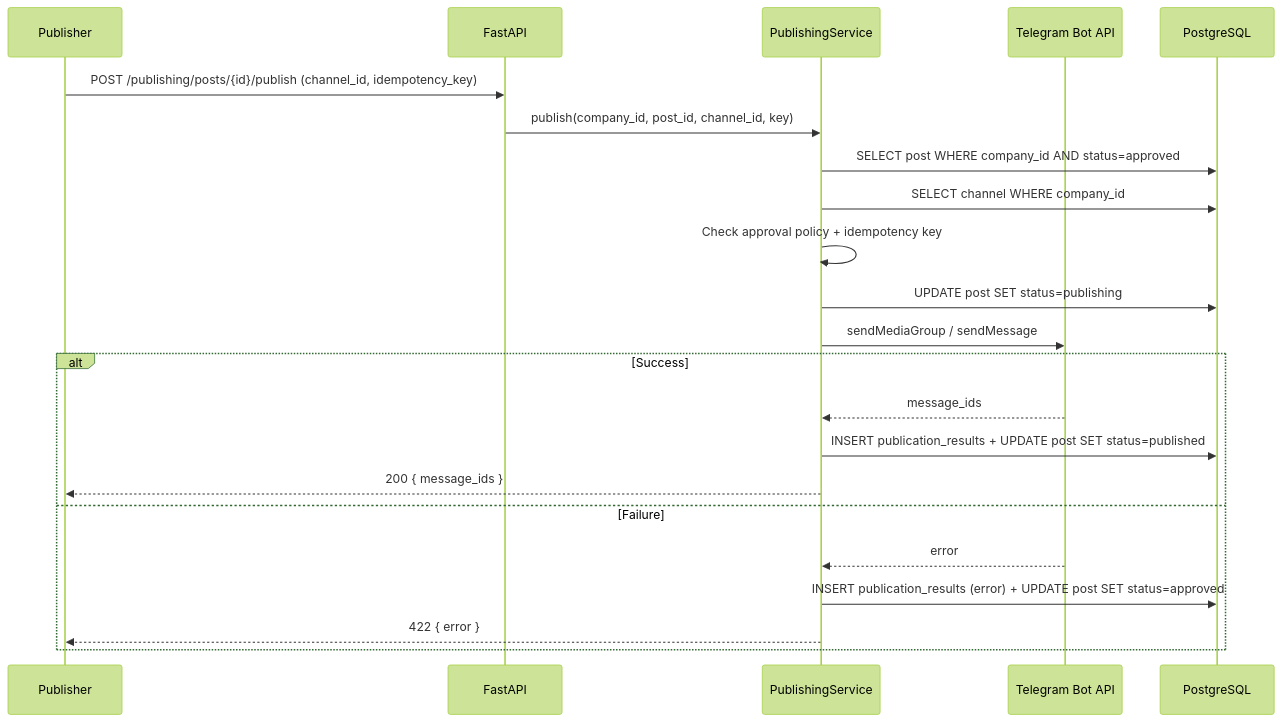
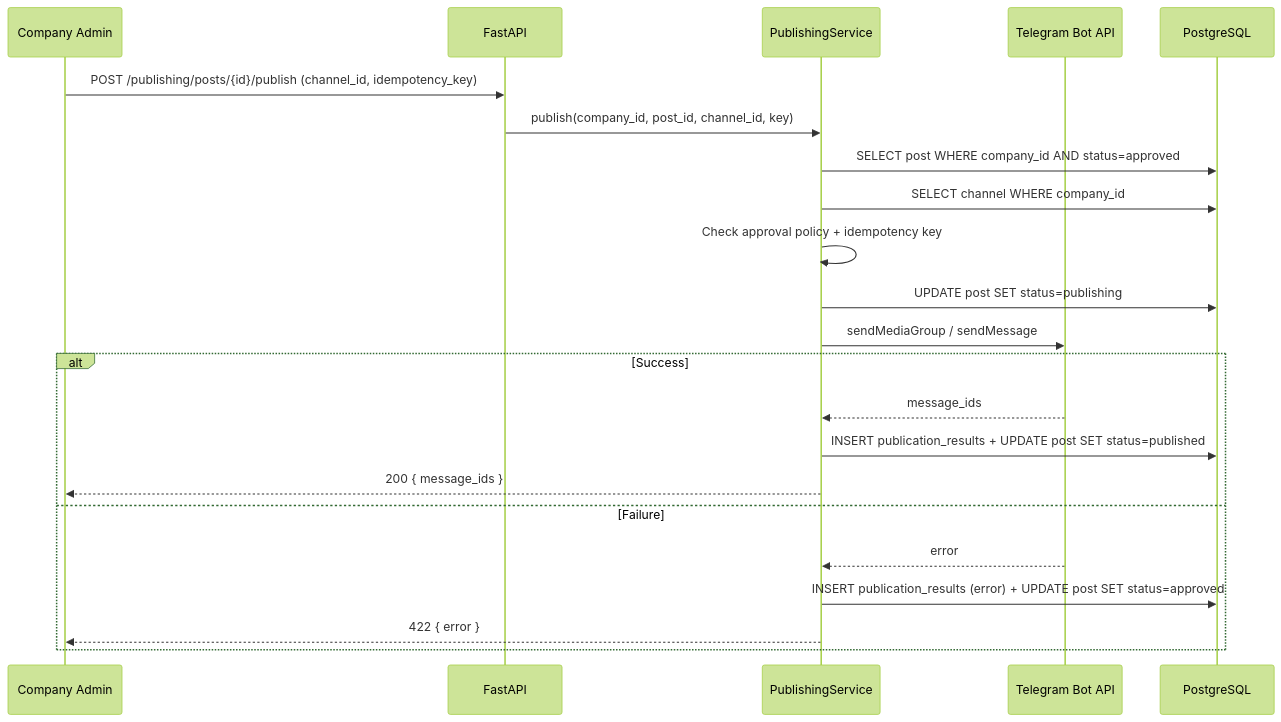
The eighth of 10 diagrams in docs/04-system-architecture.md (Lido01/socialpilot-ai), drawn with Mermaid (forest theme) before and after one commit. The commit also changed other lines of this file, not shown here.

Commit message:
docs: update system architecture module structure for 3-role model

````diff
--- a/docs/04-system-architecture.md
+++ b/docs/04-system-architecture.md
@@ -404,25 +404,25 @@
 ```mermaid
 sequenceDiagram
-    participant P as Publisher
+    participant P as Company Admin
     participant API as FastAPI
     participant S as PublishingService
     participant T as Telegram Bot API
     participant DB as PostgreSQL
 
     P->>API: POST /publishing/posts/{id}/publish (channel_id, idempotency_key)
     API->>S: publish(company_id, post_id, channel_id, key)
     S->>DB: SELECT post WHERE company_id AND status=approved
     S->>DB: SELECT channel WHERE company_id
     S->>S: Check approval policy + idempotency key
     S->>DB: UPDATE post SET status=publishing
     S->>T: sendMediaGroup / sendMessage
     alt Success
         T-->>S: message_ids
         S->>DB: INSERT publication_results + UPDATE post SET status=published
         S-->>P: 200 { message_ids }
     else Failure
         T-->>S: error
         S->>DB: INSERT publication_results (error) + UPDATE post SET status=approved
         S-->>P: 422 { error }
     end
 ```
````
